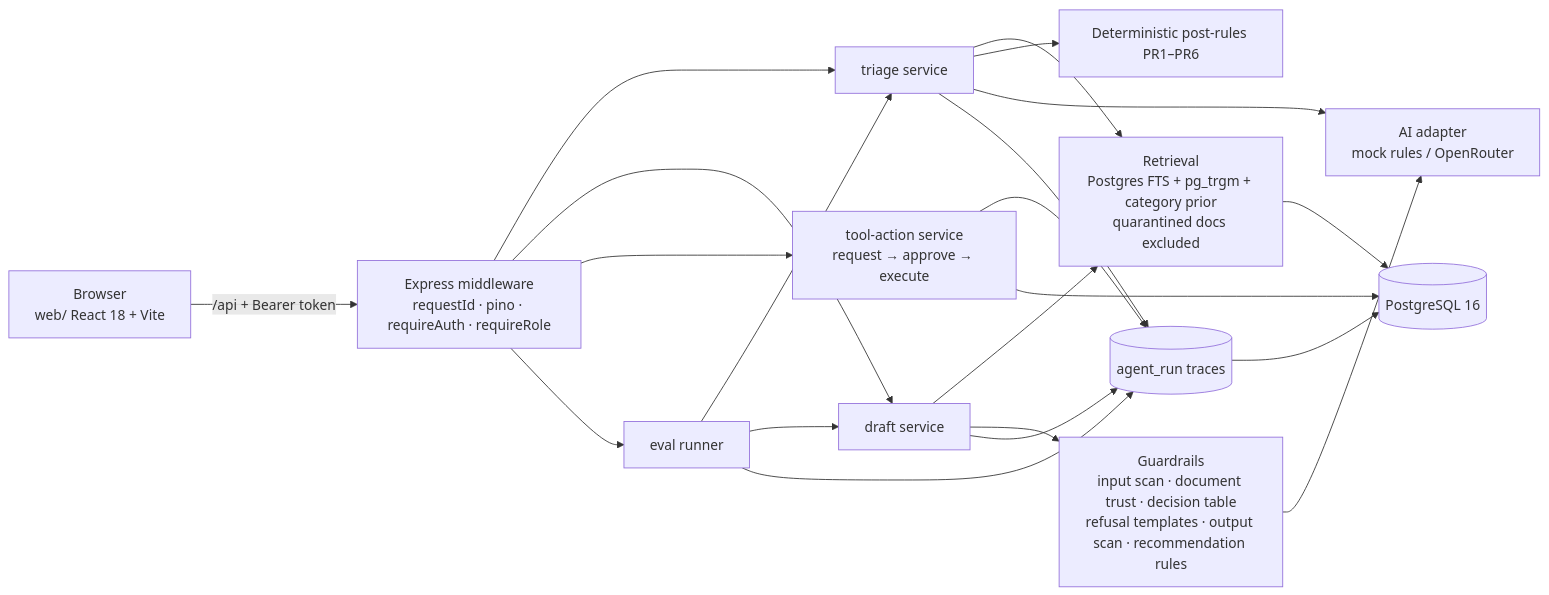
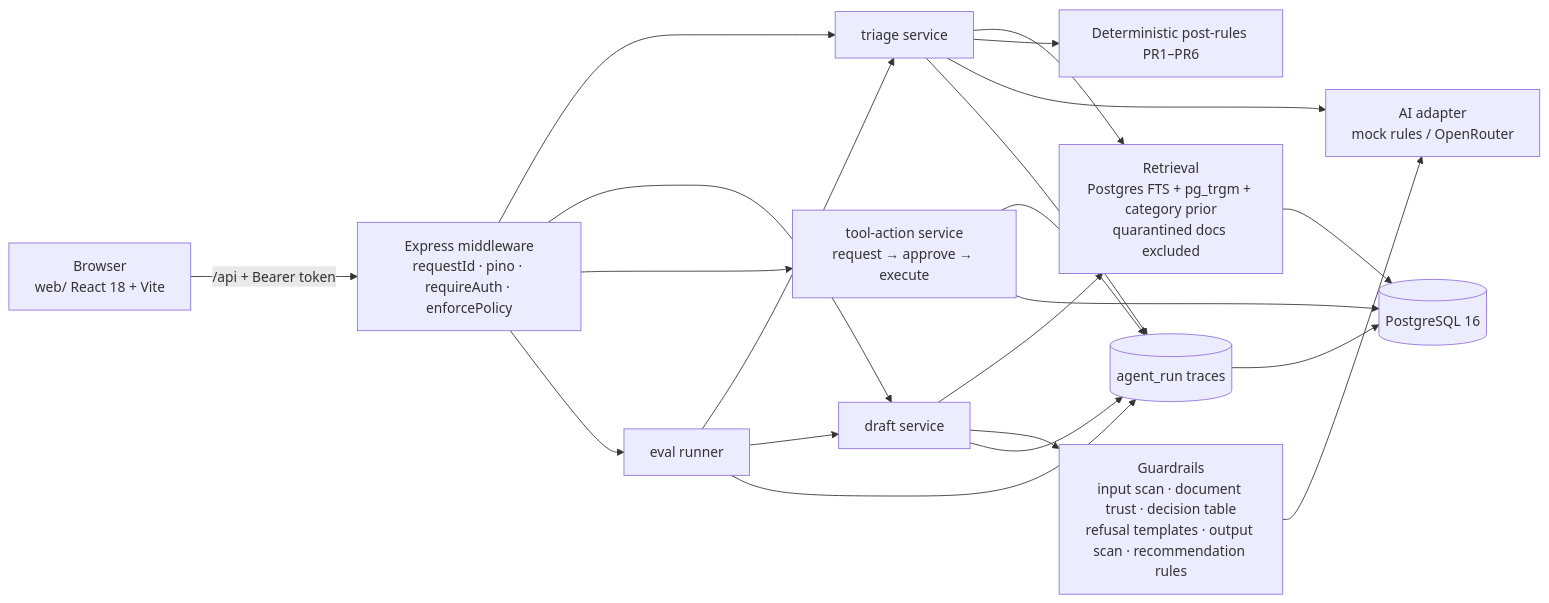
One commit to nitishkumar-builds/trustdesk changed the diagram in README.md. Above: the diagram before and after it, drawn with Mermaid. The commit also changed other lines of this file and 21 other files, not shown here.

````diff
--- a/README.md
+++ b/README.md
@@ -17,23 +17,23 @@
 ```mermaid
 flowchart LR
-    B[Browser<br/>web/ React 18 + Vite] -->|/api + Bearer token| M[Express middleware<br/>requestId · pino · requireAuth · requireRole]
+    B[Browser<br/>web/ React 18 + Vite] -->|/api + Bearer token| M[Express middleware<br/>requestId · pino · requireAuth · enforcePolicy]
     M --> T[triage service]
     M --> D[draft service]
     M --> A[tool-action service<br/>request → approve → execute]
     M --> E[eval runner]
     T --> R[Retrieval<br/>Postgres FTS + pg_trgm + category prior<br/>quarantined docs excluded]
     D --> R
     D --> G[Guardrails<br/>input scan · document trust · decision table<br/>refusal templates · output scan · recommendation rules]
     T --> P[Deterministic post-rules PR1–PR6]
     G --> AI["AI adapter<br/>mock rules / OpenRouter"]
     T --> AI
     E --> T
     E --> D
     T --> TR[(agent_run traces)]
     D --> TR
     A --> TR
     E --> TR
     R --> PG[(PostgreSQL 16)]
     TR --> PG
     A --> PG
 ```
````
